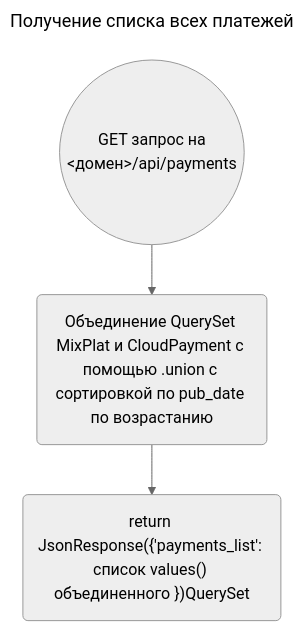
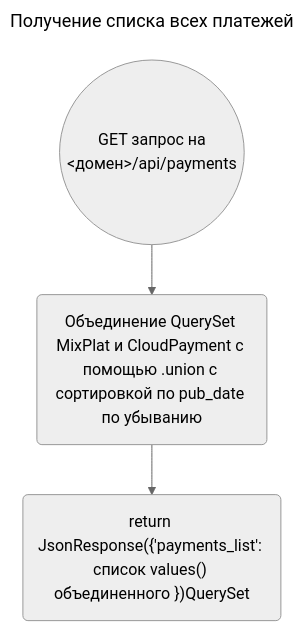
One commit to nko-nzhkc/nko changed the fifth of 5 diagrams in docs/project_description.md. Above: the diagram before and after it, drawn with Mermaid (neutral theme). The commit also changed other lines of this file, not shown here.

````diff
--- a/docs/project_description.md
+++ b/docs/project_description.md
@@ -136,8 +134,8 @@
 ```mermaid
 ---
 title: Получение списка всех платежей
 ---
 flowchart TD
-A(GET запрос на <br><домен>/api/payments)@{shape: circle}--> B(Объединение QuerySet MixPlat и CloudPayment с помощью .union с сортировкой по pub_date по возрастанию)
+A(GET запрос на <br><домен>/api/payments)@{shape: circle}--> B(Объединение QuerySet MixPlat и CloudPayment с помощью .union с сортировкой по pub_date по убыванию)
 B --> C("return JsonResponse({'payments_list': список values() объединенного })QuerySet")
 ```
````
